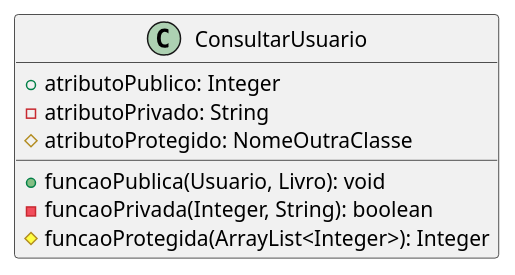
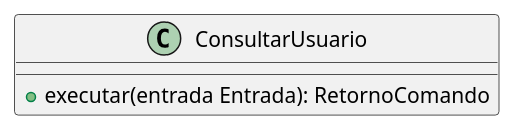
One commit to angelofelipe/library-system-OOP changed the diagram in diagrama de classes/src puml/src/comando/ConsultarUsuario.puml. Above: the diagram before and after it, drawn with PlantUML. The commit also changed 51 other files, not shown here.

```diff
--- a/diagrama de classes/src puml/src/comando/ConsultarUsuario.puml
+++ b/diagrama de classes/src puml/src/comando/ConsultarUsuario.puml
@@ -1,13 +1,7 @@
 @startuml
 
 class ConsultarUsuario {
-    + atributoPublico: Integer
-    - atributoPrivado: String
-    # atributoProtegido: NomeOutraClasse
-
-    + funcaoPublica(Usuario, Livro): void
-    - funcaoPrivada(Integer, String): boolean
-    # funcaoProtegida(ArrayList<Integer>): Integer
+    + executar(entrada Entrada): RetornoComando
 }
 
 @enduml
```
